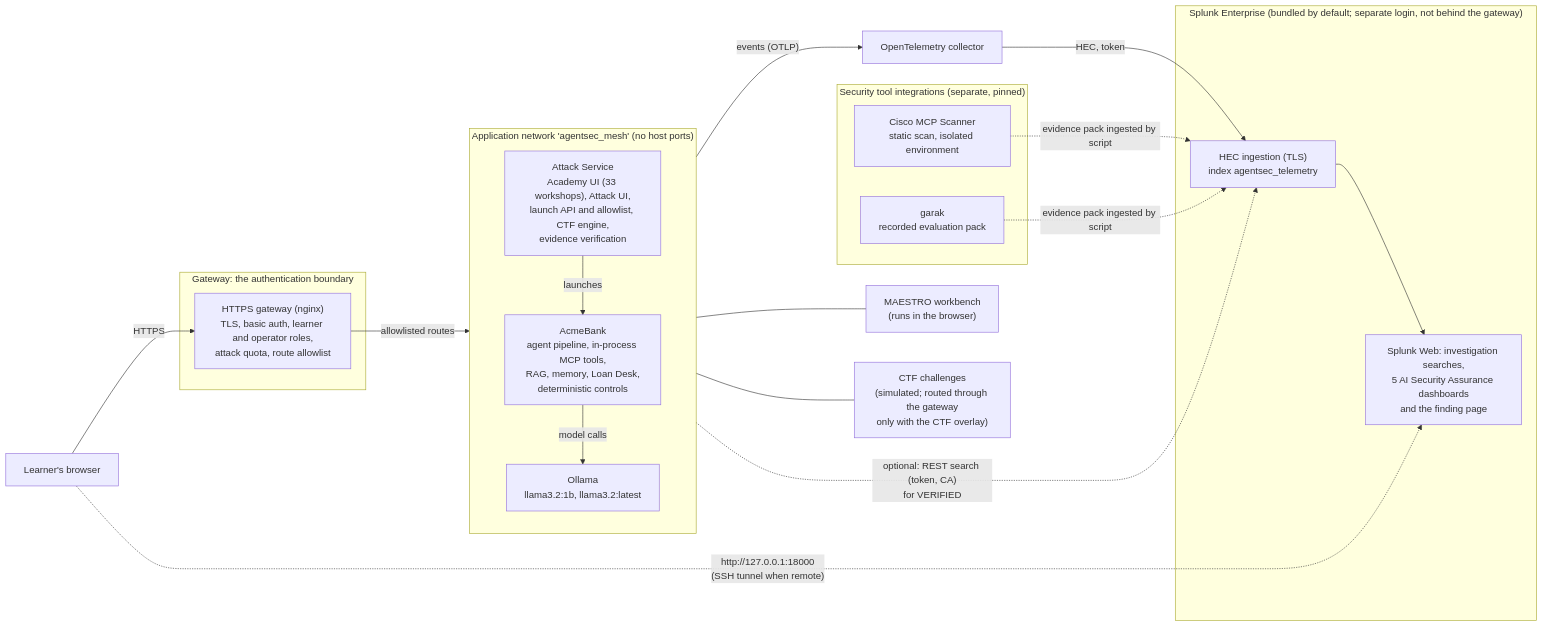
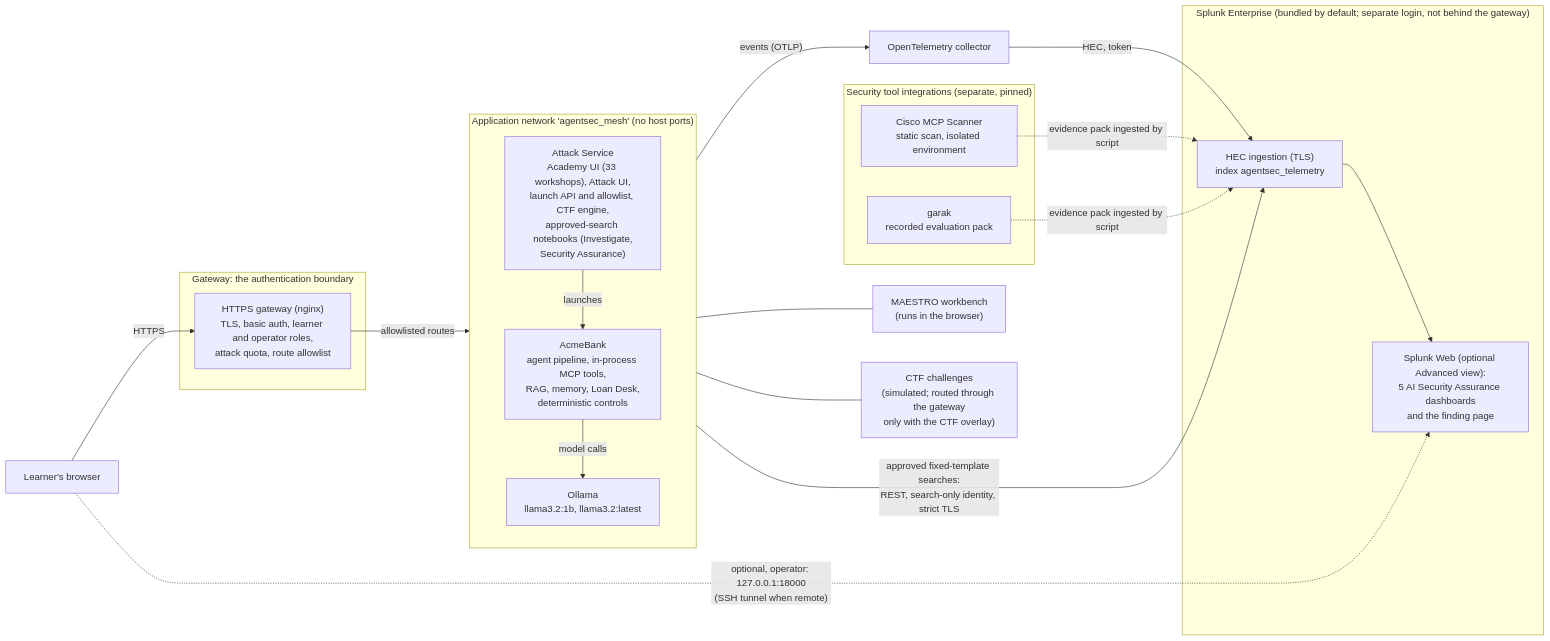
The first of 8 diagrams in docs/VISUAL_GUIDE.md (machowdhury/AgentSecLab), drawn with Mermaid before and after one commit. The commit also changed other lines of this file and 113 other files, not shown here.

````diff
--- a/docs/VISUAL_GUIDE.md
+++ b/docs/VISUAL_GUIDE.md
@@ -9,37 +9,37 @@
 ```mermaid
 flowchart LR
   B["Learner's browser"]
   subgraph GWB["Gateway: the authentication boundary"]
     GW["HTTPS gateway (nginx)<br/>TLS, basic auth, learner and operator roles,<br/>attack quota, route allowlist"]
   end
   subgraph APP["Application network 'agentsec_mesh' (no host ports)"]
     direction TB
-    AS["Attack Service<br/>Academy UI (33 workshops), Attack UI,<br/>launch API and allowlist, CTF engine,<br/>evidence verification"]
+    AS["Attack Service<br/>Academy UI (33 workshops), Attack UI,<br/>launch API and allowlist, CTF engine,<br/>approved-search notebooks (Investigate,<br/>Security Assurance)"]
     AB["AcmeBank<br/>agent pipeline, in-process MCP tools,<br/>RAG, memory, Loan Desk,<br/>deterministic controls"]
     OL["Ollama<br/>llama3.2:1b, llama3.2:latest"]
   end
   subgraph TOOLS["Security tool integrations (separate, pinned)"]
     MS["Cisco MCP Scanner<br/>static scan, isolated environment"]
     GK["garak<br/>recorded evaluation pack"]
   end
   OT["OpenTelemetry collector"]
   subgraph SPL["Splunk Enterprise (bundled by default; separate login, not behind the gateway)"]
     HEC["HEC ingestion (TLS)<br/>index agentsec_telemetry"]
-    SW["Splunk Web: investigation searches,<br/>5 AI Security Assurance dashboards<br/>and the finding page"]
+    SW["Splunk Web (optional Advanced view):<br/>5 AI Security Assurance dashboards<br/>and the finding page"]
   end
   MAE["MAESTRO workbench<br/>(runs in the browser)"]
   CTF["CTF challenges<br/>(simulated; routed through the gateway<br/>only with the CTF overlay)"]
   B -->|"HTTPS"| GW
   GW -->|"allowlisted routes"| AS
   AS --- MAE
   AS --- CTF
   AS -->|"launches"| AB
   AB -->|"model calls"| OL
   AB -->|"events (OTLP)"| OT
   OT -->|"HEC, token"| HEC
   MS -.->|"evidence pack ingested by script"| HEC
   GK -.->|"evidence pack ingested by script"| HEC
   HEC --> SW
-  AS -.->|"optional: REST search (token, CA)<br/>for VERIFIED"| HEC
-  B -.->|"http://127.0.0.1:18000<br/>(SSH tunnel when remote)"| SW
+  AS -->|"approved fixed-template searches:<br/>REST, search-only identity, strict TLS"| HEC
+  B -.->|"optional, operator: 127.0.0.1:18000<br/>(SSH tunnel when remote)"| SW
 ```
````
